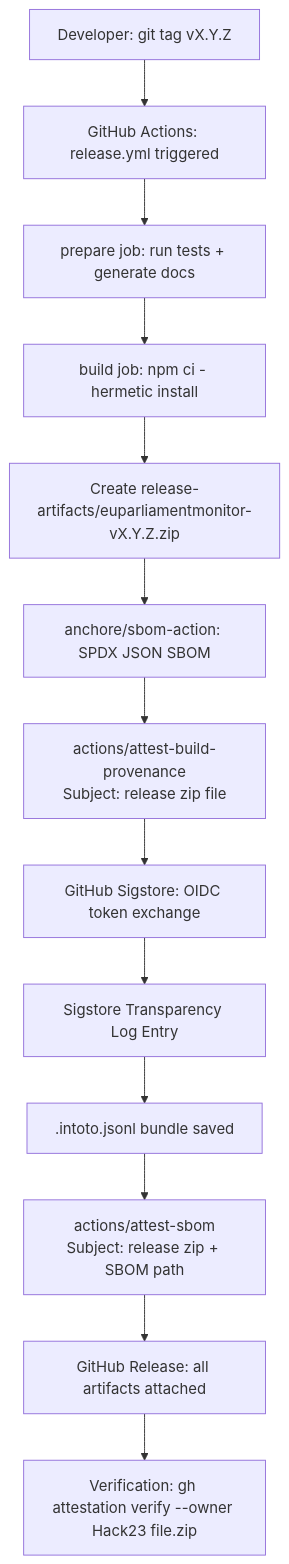
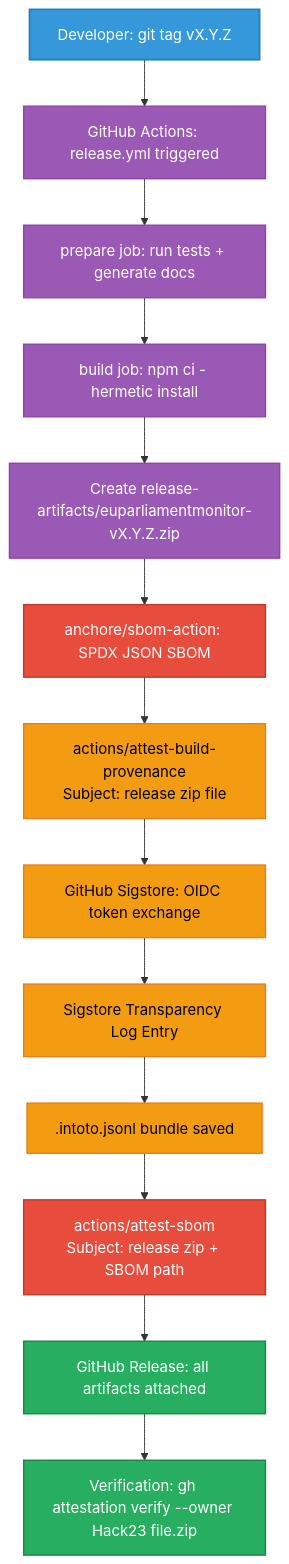
Before and after one commit to Hack23/euparliamentmonitor: diagram 12 of 16 in docs/api/media/WORKFLOWS.md, drawn with Mermaid. The commit also changed other lines of this file and 1053 other files, not shown here.

````diff
--- a/docs/api/media/WORKFLOWS.md
+++ b/docs/api/media/WORKFLOWS.md
@@ -932,15 +1208,27 @@
 ```mermaid
 graph TD
     A[Developer: git tag vX.Y.Z] --> B[GitHub Actions: release.yml triggered]
     B --> C[prepare job: run tests + generate docs]
     C --> D[build job: npm ci - hermetic install]
     D --> E[Create release-artifacts/euparliamentmonitor-vX.Y.Z.zip]
     E --> F[anchore/sbom-action: SPDX JSON SBOM]
     F --> G[actions/attest-build-provenance<br/>Subject: release zip file]
     G --> H[GitHub Sigstore: OIDC token exchange]
     H --> I[Sigstore Transparency Log Entry]
     I --> J[.intoto.jsonl bundle saved]
     J --> K[actions/attest-sbom<br/>Subject: release zip + SBOM path]
     K --> L[GitHub Release: all artifacts attached]
     L --> M[Verification: gh attestation verify --owner Hack23 file.zip]
+
+    classDef trigger fill:#3498db,stroke:#2980b9,stroke-width:2px,color:white
+    classDef build fill:#9b59b6,stroke:#8e44ad,stroke-width:1.5px,color:white
+    classDef security fill:#e74c3c,stroke:#c0392b,stroke-width:1.5px,color:white
+    classDef crypto fill:#f39c12,stroke:#e67e22,stroke-width:1.5px,color:black
+    classDef release fill:#27ae60,stroke:#1e8449,stroke-width:1.5px,color:white
+
+    class A trigger
+    class B,C,D,E build
+    class F,K security
+    class G,H,I,J crypto
+    class L,M release
 ```
````
